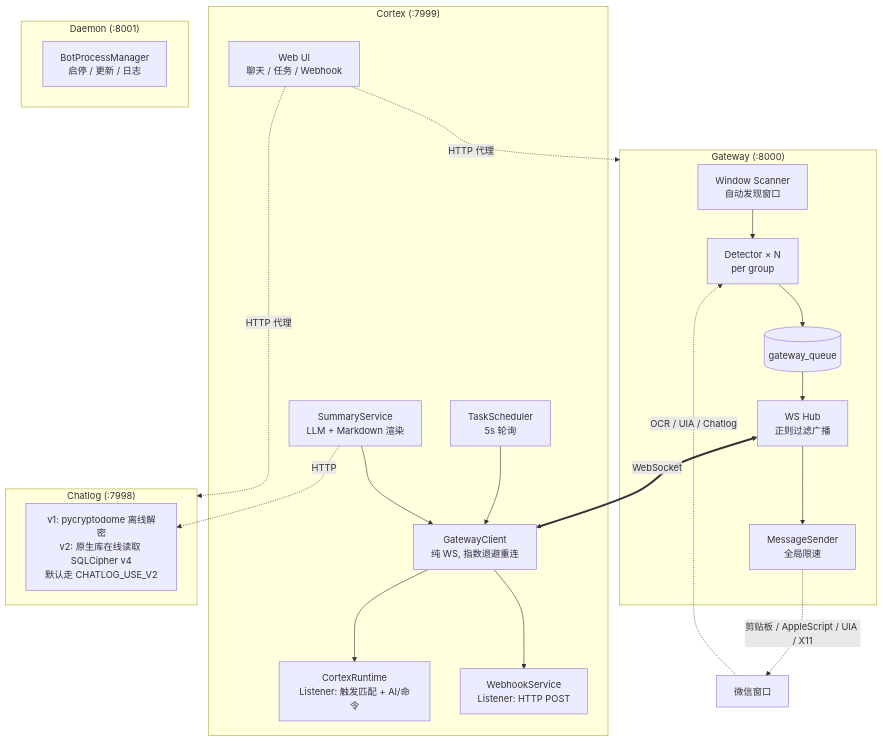
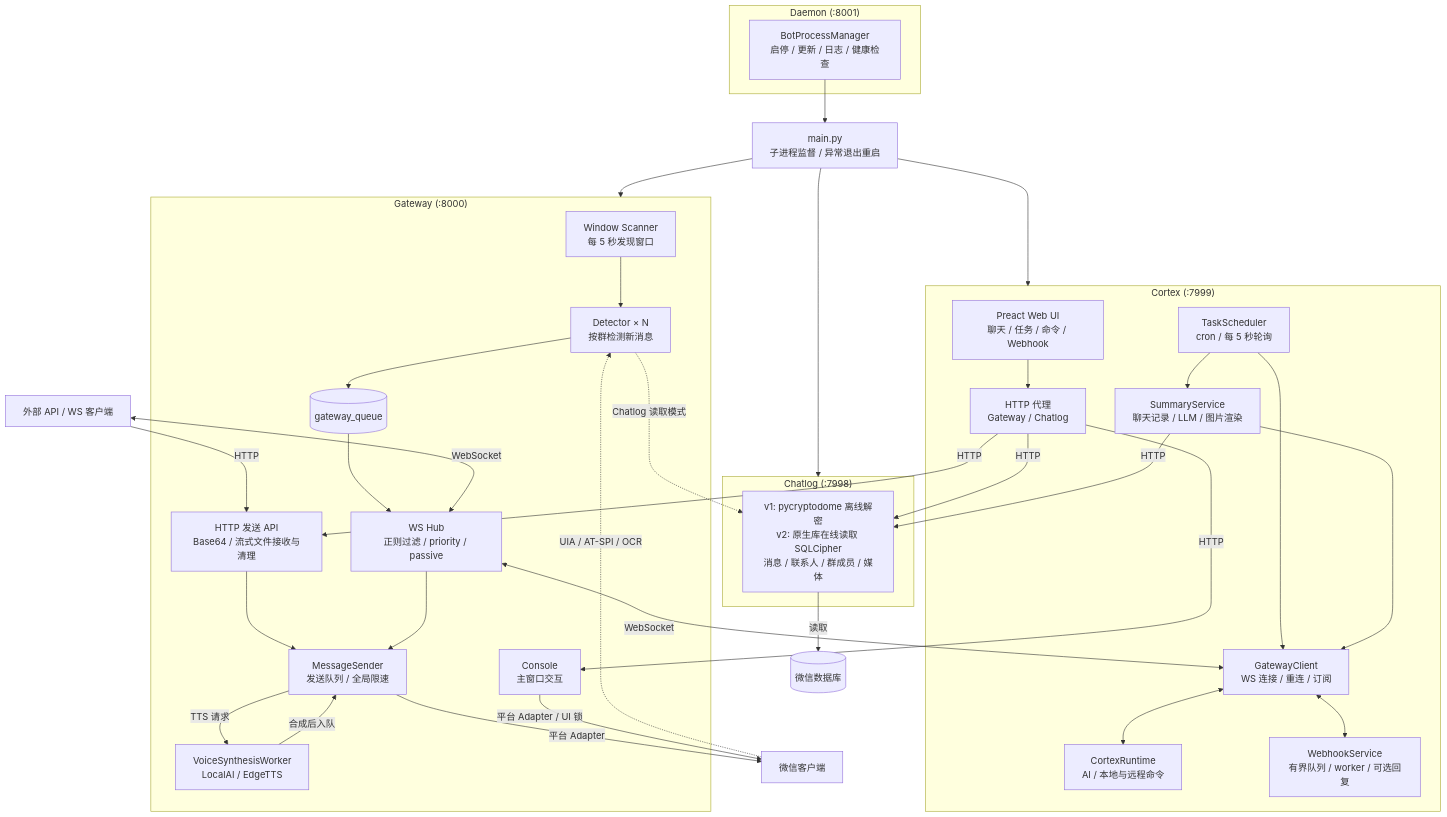
One commit to bhwa233/awsl-wechat-bot changed the diagram in README.md. Above: the diagram before and after it, drawn with Mermaid. The commit also changed other lines of this file and 9 other files, not shown here.

````diff
--- a/README.md
+++ b/README.md
@@ -54,42 +26,61 @@
 ```mermaid
 flowchart TB
+    subgraph Daemon["Daemon (:8001)"]
+        Manager["BotProcessManager<br/>启停 / 更新 / 日志 / 健康检查"]
+    end
+    Supervisor["main.py<br/>子进程监督 / 异常退出重启"]
+    Manager --> Supervisor
+
     subgraph Gateway["Gateway (:8000)"]
-        Scanner[Window Scanner<br/>自动发现窗口]
-        Detectors[Detector × N<br/>per group]
+        Scanner["Window Scanner<br/>每 5 秒发现窗口"]
+        Detectors["Detector × N<br/>按群检测新消息"]
         Queue[(gateway_queue)]
-        WSHub[WS Hub<br/>正则过滤广播]
-        Sender[MessageSender<br/>全局限速]
+        WSHub["WS Hub<br/>正则过滤 / priority / passive"]
+        SendAPI["HTTP 发送 API<br/>Base64 / 流式文件接收与清理"]
+        Sender["MessageSender<br/>发送队列 / 全局限速"]
+        TTS["VoiceSynthesisWorker<br/>LocalAI / EdgeTTS"]
+        Console["Console<br/>主窗口交互"]
         Scanner --> Detectors
         Detectors --> Queue --> WSHub
+        SendAPI --> Sender
         WSHub --> Sender
+        Sender -->|TTS 请求| TTS
+        TTS -->|合成后入队| Sender
     end
 
     subgraph Cortex["Cortex (:7999)"]
-        WebUI[Web UI<br/>聊天 / 任务 / Webhook]
-        GWClient[GatewayClient<br/>纯 WS, 指数退避重连]
-        Runtime[CortexRuntime<br/>Listener: 触发匹配 + AI/命令]
-        Webhook[WebhookService<br/>Listener: HTTP POST]
-        Scheduler[TaskScheduler<br/>5s 轮询]
-        Summary[SummaryService<br/>LLM + Markdown 渲染]
-        GWClient --> Runtime
-        GWClient --> Webhook
+        WebUI["Preact Web UI<br/>聊天 / 任务 / 命令 / Webhook"]
+        Proxy["HTTP 代理<br/>Gateway / Chatlog"]
+        GWClient["GatewayClient<br/>WS 连接 / 重连 / 订阅"]
+        Runtime["CortexRuntime<br/>AI / 本地与远程命令"]
+        Webhook["WebhookService<br/>有界队列 / worker / 可选回复"]
+        Scheduler["TaskScheduler<br/>cron / 每 5 秒轮询"]
+        Summary["SummaryService<br/>聊天记录 / LLM / 图片渲染"]
+        WebUI --> Proxy
+        GWClient <--> Runtime
+        GWClient <--> Webhook
         Scheduler --> GWClient
+        Scheduler --> Summary
         Summary --> GWClient
     end
 
     subgraph Chatlog["Chatlog (:7998)"]
-        ChatlogAPI[v1: pycryptodome 离线解密<br/>v2: 原生库在线读取 SQLCipher v4<br/>默认走 CHATLOG_USE_V2]
+        ChatlogAPI["v1: pycryptodome 离线解密<br/>v2: 原生库在线读取 SQLCipher<br/>消息 / 联系人 / 群成员 / 媒体"]
     end
 
-    subgraph Daemon["Daemon (:8001)"]
-        Manager[BotProcessManager<br/>启停 / 更新 / 日志]
-    end
-
-    WeChat[微信窗口] -.OCR / UIA / Chatlog.-> Detectors
-    Sender -.剪贴板 / AppleScript / UIA / X11.-> WeChat
-
-    WSHub <==WebSocket==> GWClient
-    Summary -.HTTP.-> ChatlogAPI
-    WebUI -.HTTP 代理.-> Gateway
-    WebUI -.HTTP 代理.-> Chatlog
+    Supervisor --> Gateway
+    Supervisor --> Cortex
+    Supervisor --> Chatlog
+    WeChat["微信客户端"] -. UIA / AT-SPI / OCR .-> Detectors
+    Sender -->|平台 Adapter| WeChat
+    Console -->|平台 Adapter / UI 锁| WeChat
+    WSHub <-->|WebSocket| GWClient
+    Client["外部 API / WS 客户端"] <-->|WebSocket| WSHub
+    Client -->|HTTP| SendAPI
+    Proxy -->|HTTP| SendAPI
+    Proxy -->|HTTP| Console
+    Proxy -->|HTTP| ChatlogAPI
+    Summary -->|HTTP| ChatlogAPI
+    Detectors -. Chatlog 读取模式 .-> ChatlogAPI
+    ChatlogAPI -->|读取| DB[(微信数据库)]
 ```
````
